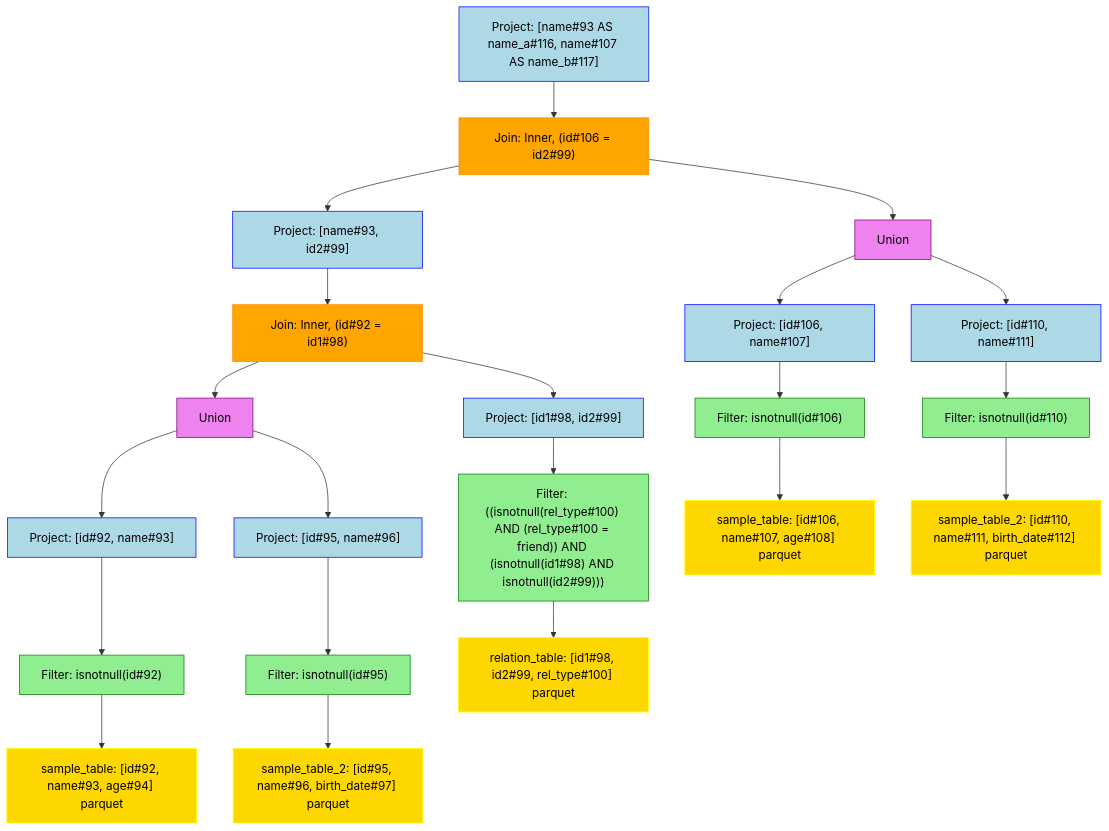
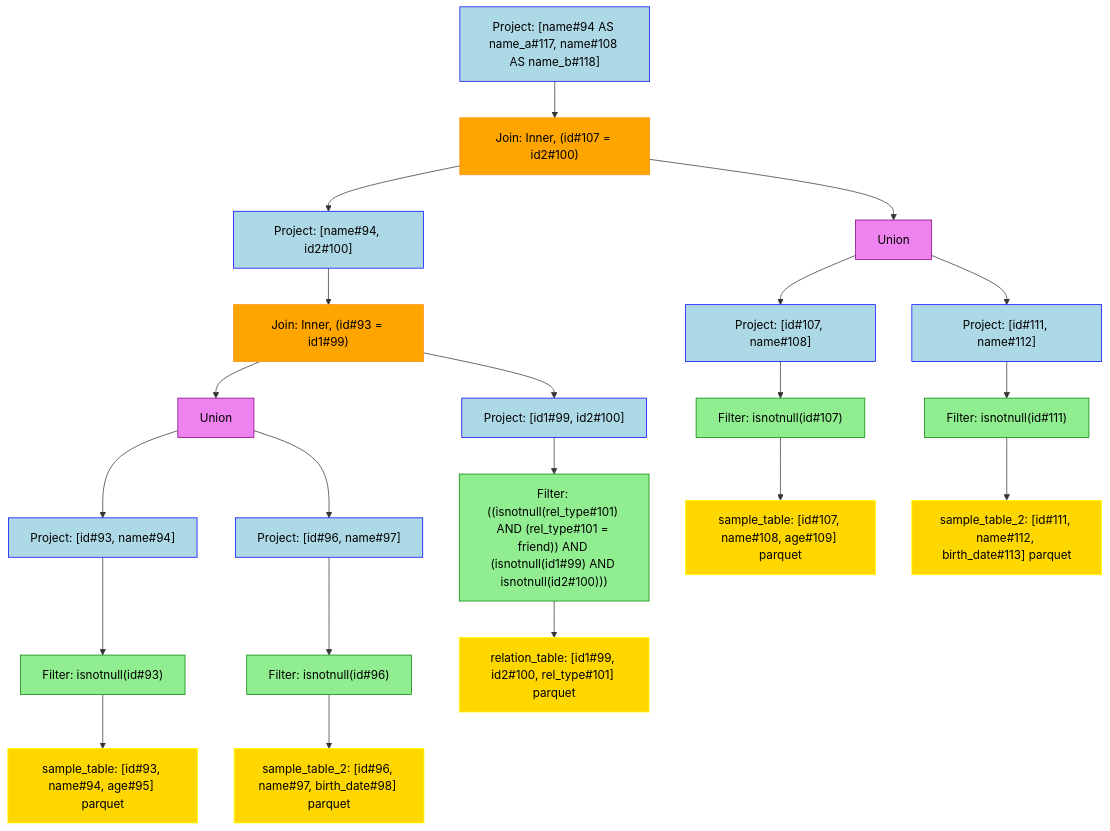
One commit to NielkNetraam/explainalyzed changed the diagram in data/visualization/join_2.mmd. Above: the diagram before and after it, drawn with Mermaid. The commit also changed 61 other files, not shown here.

```diff
--- a/data/visualization/join_2.mmd
+++ b/data/visualization/join_2.mmd
@@ -1,51 +1,51 @@
 flowchart TD
     classDef PROJECT stroke:Blue,fill:LightBlue,color:black
     classDef FILTER stroke:Green,fill:LightGreen,color:black
     classDef UNION stroke:Purple,fill:Violet,color:black
     classDef JOIN stroke:DarkOrange,fill:Orange,color:black
     classDef RELATION stroke:Yellow,fill:Gold,color:black
     classDef AGGREGATE stroke:Brown,fill:Chocolate,color:black
     classDef WINDOW stroke:Aqua,fill:Cyan,color:black
 
-    Project#00001["Project: [name#93 AS name_a#116, name#107 AS name_b#117]"]:::PROJECT
-    Join#00002["Join: Inner, (id#106 = id2#99)"]:::JOIN
-    Project#00003["Project: [name#93, id2#99]"]:::PROJECT
-    Join#00004["Join: Inner, (id#92 = id1#98)"]:::JOIN
+    Project#00001["Project: [name#94 AS name_a#117, name#108 AS name_b#118]"]:::PROJECT
+    Join#00002["Join: Inner, (id#107 = id2#100)"]:::JOIN
+    Project#00003["Project: [name#94, id2#100]"]:::PROJECT
+    Join#00004["Join: Inner, (id#93 = id1#99)"]:::JOIN
     Union#00005["Union"]:::UNION
-    Project#00006["Project: [id#92, name#93]"]:::PROJECT
-    Filter#00007["Filter: isnotnull(id#92)"]:::FILTER
-    Relation#00008["sample_table: [id#92, name#93, age#94] parquet"]:::RELATION
-    Project#00009["Project: [id#95, name#96]"]:::PROJECT
-    Filter#00010["Filter: isnotnull(id#95)"]:::FILTER
-    Relation#00011["sample_table_2: [id#95, name#96, birth_date#97] parquet"]:::RELATION
-    Project#00012["Project: [id1#98, id2#99]"]:::PROJECT
-    Filter#00013["Filter: ((isnotnull(rel_type#100) AND (rel_type#100 = friend)) AND (isnotnull(id1#98) AND isnotnull(id2#99)))"]:::FILTER
-    Relation#00014["relation_table: [id1#98, id2#99, rel_type#100] parquet"]:::RELATION
+    Project#00006["Project: [id#93, name#94]"]:::PROJECT
+    Filter#00007["Filter: isnotnull(id#93)"]:::FILTER
+    Relation#00008["sample_table: [id#93, name#94, age#95] parquet"]:::RELATION
+    Project#00009["Project: [id#96, name#97]"]:::PROJECT
+    Filter#00010["Filter: isnotnull(id#96)"]:::FILTER
+    Relation#00011["sample_table_2: [id#96, name#97, birth_date#98] parquet"]:::RELATION
+    Project#00012["Project: [id1#99, id2#100]"]:::PROJECT
+    Filter#00013["Filter: ((isnotnull(rel_type#101) AND (rel_type#101 = friend)) AND (isnotnull(id1#99) AND isnotnull(id2#100)))"]:::FILTER
+    Relation#00014["relation_table: [id1#99, id2#100, rel_type#101] parquet"]:::RELATION
     Union#00015["Union"]:::UNION
-    Project#00016["Project: [id#106, name#107]"]:::PROJECT
-    Filter#00017["Filter: isnotnull(id#106)"]:::FILTER
-    Relation#00018["sample_table: [id#106, name#107, age#108] parquet"]:::RELATION
-    Project#00019["Project: [id#110, name#111]"]:::PROJECT
-    Filter#00020["Filter: isnotnull(id#110)"]:::FILTER
-    Relation#00021["sample_table_2: [id#110, name#111, birth_date#112] parquet"]:::RELATION
+    Project#00016["Project: [id#107, name#108]"]:::PROJECT
+    Filter#00017["Filter: isnotnull(id#107)"]:::FILTER
+    Relation#00018["sample_table: [id#107, name#108, age#109] parquet"]:::RELATION
+    Project#00019["Project: [id#111, name#112]"]:::PROJECT
+    Filter#00020["Filter: isnotnull(id#111)"]:::FILTER
+    Relation#00021["sample_table_2: [id#111, name#112, birth_date#113] parquet"]:::RELATION
 
     Project#00001 --> Join#00002
         Join#00002 --> Project#00003
             Project#00003 --> Join#00004
                 Join#00004 --> Union#00005
                     Union#00005 --> Project#00006
                         Project#00006 --> Filter#00007
                             Filter#00007 --> Relation#00008
                     Union#00005 --> Project#00009
                         Project#00009 --> Filter#00010
                             Filter#00010 --> Relation#00011
                 Join#00004 --> Project#00012
                     Project#00012 --> Filter#00013
                         Filter#00013 --> Relation#00014
         Join#00002 --> Union#00015
             Union#00015 --> Project#00016
                 Project#00016 --> Filter#00017
                     Filter#00017 --> Relation#00018
             Union#00015 --> Project#00019
                 Project#00019 --> Filter#00020
                     Filter#00020 --> Relation#00021
```
